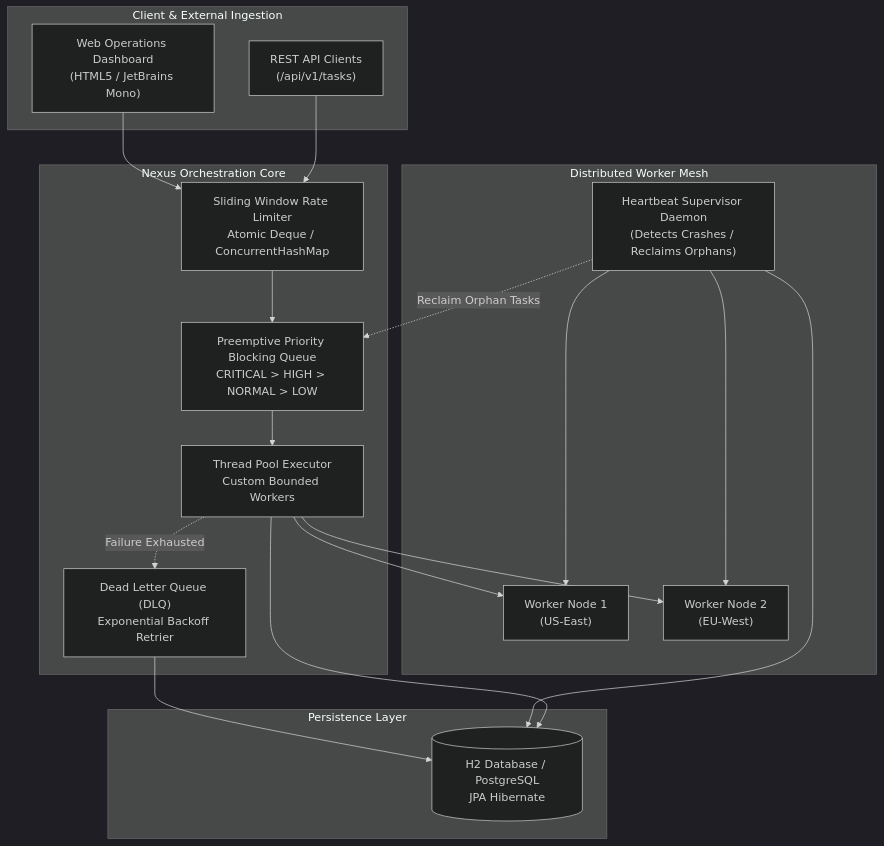
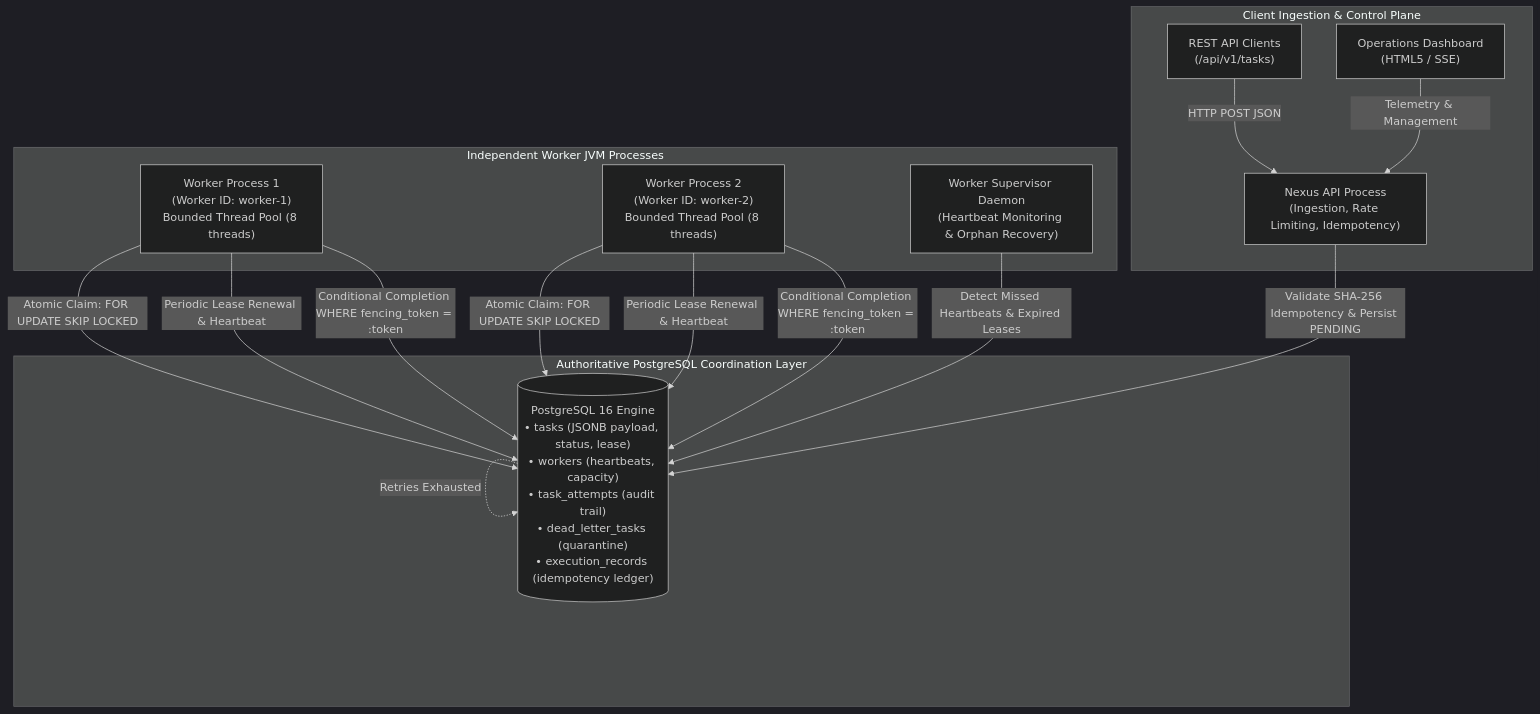
The first of 2 diagrams in README.md (manishjangid1499-cell/distributed-task-orchestrator), drawn with Mermaid (dark theme) before and after one commit. The commit also changed other lines of this file, not shown here.

Commit message:
docs: update README with Nexus 2.0 distributed architecture, crash recovery evidence, and reproduction steps

````diff
--- a/README.md
+++ b/README.md
@@ -32,38 +33,32 @@
 ```mermaid
 flowchart TD
-    subgraph Clients ["Client & External Ingestion"]
-        REST["REST API Clients<br/>(/api/v1/tasks)"]
-        Dashboard["Web Operations Dashboard<br/>(HTML5 / JetBrains Mono)"]
+    subgraph Ingestion ["Client Ingestion & Control Plane"]
+        Client["REST API Clients<br/>(/api/v1/tasks)"]
+        UI["Operations Dashboard<br/>(HTML5 / SSE)"]
+        API["Nexus API Process<br/>(Ingestion, Rate Limiting, Idempotency)"]
     end
 
-    subgraph CoreEngine ["Nexus Orchestration Core"]
-        Limiter["Sliding Window Rate Limiter<br/>Atomic Deque / ConcurrentHashMap"]
-        Queue["Preemptive Priority Blocking Queue<br/>CRITICAL > HIGH > NORMAL > LOW"]
-        ThreadPool["Thread Pool Executor<br/>Custom Bounded Workers"]
-        DLQ["Dead Letter Queue (DLQ)<br/>Exponential Backoff Retrier"]
+    subgraph Coordination ["Authoritative PostgreSQL Coordination Layer"]
+        DB[("PostgreSQL 16 Engine<br/>• tasks (JSONB payload, status, lease)<br/>• workers (heartbeats, capacity)<br/>• task_attempts (audit trail)<br/>• dead_letter_tasks (quarantine)<br/>• execution_records (idempotency ledger)")]
     end
 
-    subgraph ClusterTopology ["Distributed Worker Mesh"]
-        Worker1["Worker Node 1<br/>(US-East)"]
-        Worker2["Worker Node 2<br/>(EU-West)"]
-        Supervisor["Heartbeat Supervisor Daemon<br/>(Detects Crashes / Reclaims Orphans)"]
+    subgraph WorkerMesh ["Independent Worker JVM Processes"]
+        W1["Worker Process 1<br/>(Worker ID: worker-1)<br/>Bounded Thread Pool (8 threads)"]
+        W2["Worker Process 2<br/>(Worker ID: worker-2)<br/>Bounded Thread Pool (8 threads)"]
+        Supervisor["Worker Supervisor Daemon<br/>(Heartbeat Monitoring & Orphan Recovery)"]
     end
 
-    subgraph Storage ["Persistence Layer"]
-        DB[(H2 Database / PostgreSQL<br/>JPA Hibernate)]
-    end
+    Client -->|HTTP POST JSON| API
+    UI -->|Telemetry & Management| API
+    API -->|Validate SHA-256 Idempotency & Persist PENDING| DB
 
-    REST --> Limiter
-    Dashboard --> Limiter
-    Limiter --> Queue
-    Queue --> ThreadPool
-    ThreadPool --> Worker1
-    ThreadPool --> Worker2
-    Supervisor --> Worker1
-    Supervisor --> Worker2
-    ThreadPool -. Failure Exhausted .-> DLQ
-    Supervisor -. Reclaim Orphan Tasks .-> Queue
-    ThreadPool --> DB
-    Supervisor --> DB
-    DLQ --> DB
+    W1 -->|Atomic Claim: FOR UPDATE SKIP LOCKED| DB
+    W2 -->|Atomic Claim: FOR UPDATE SKIP LOCKED| DB
+    W1 -->|Periodic Lease Renewal & Heartbeat| DB
+    W2 -->|Periodic Lease Renewal & Heartbeat| DB
+    W1 -->|Conditional Completion WHERE fencing_token = :token| DB
+    W2 -->|Conditional Completion WHERE fencing_token = :token| DB
+
+    Supervisor -->|Detect Missed Heartbeats & Expired Leases| DB
+    DB -. Retries Exhausted .-> DB
 ```
````
